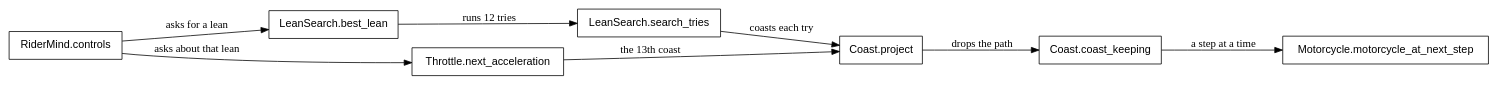
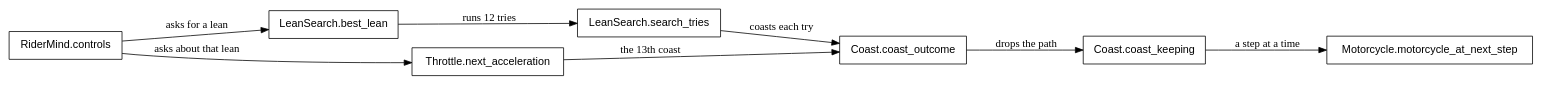
One commit to showell/roc-apps changed diagram 25 of 30 in canvas_apps/safari/tutorial/tutorial.md. Above: the diagram before and after it, drawn with Graphviz. The commit also changed other lines of this file and 4 other files, not shown here.

First line of the commit message:
safari: Coast.project is coast_outcome

````diff
--- a/canvas_apps/safari/tutorial/tutorial.md
+++ b/canvas_apps/safari/tutorial/tutorial.md
@@ -2422,20 +2422,20 @@
 ```dot
 digraph rehearsal {
   rankdir=LR;
   node [shape=box, fontname="Helvetica"];
   controls [label="RiderMind.controls"];
   best [label="LeanSearch.best_lean"];
   search [label="LeanSearch.search_tries"];
-  project [label="Coast.project"];
+  project [label="Coast.coast_outcome"];
   keeping [label="Coast.coast_keeping"];
   advance [label="Motorcycle.motorcycle_at_next_step"];
   throttle [label="Throttle.next_acceleration"];
   controls -> best [label="  asks for a lean"];
   best -> search [label="  runs 12 tries"];
   search -> project [label="  coasts each try"];
   controls -> throttle [label="  asks about that lean"];
   throttle -> project [label="  the 13th coast"];
   project -> keeping [label="  drops the path"];
   keeping -> advance [label="  a step at a time"];
 }
 ```
````
